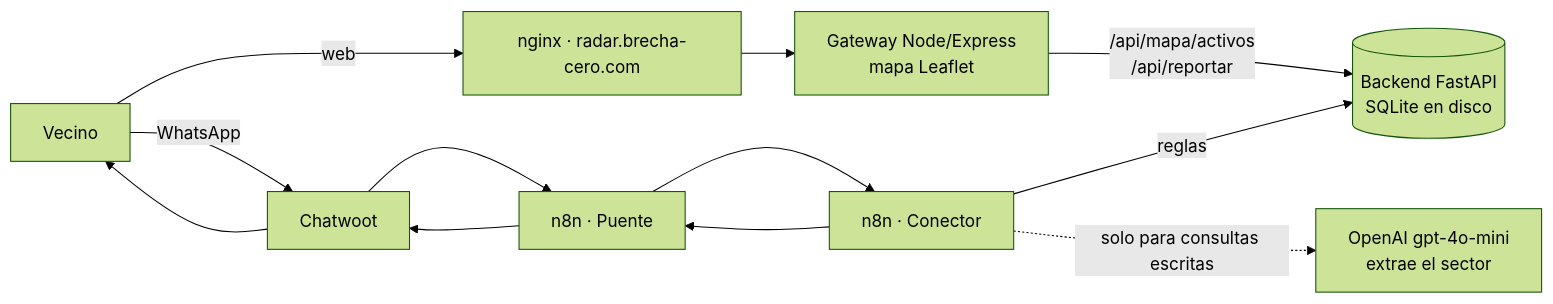
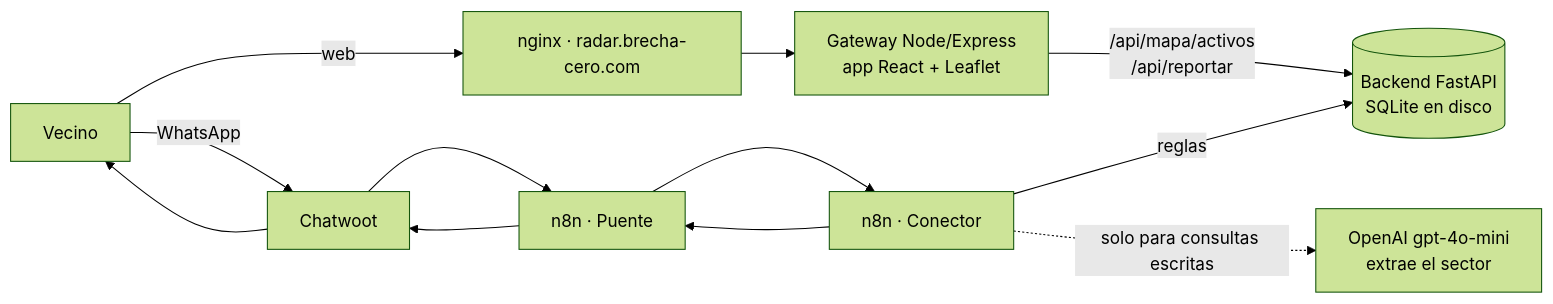
The diagram in README.md (DanMen-Dev/valencia-luz-core), drawn with Mermaid (forest theme) before and after one commit. The commit also changed other lines of this file and 22 other files, not shown here.

First line of the commit message:
Frontend en React + TypeScript: el mapa pasa a ser una app de Vite servida por el gateway

````diff
--- a/README.md
+++ b/README.md
@@ -24,11 +24,11 @@
 ```mermaid
 flowchart LR
     V[Vecino] -->|web| N[nginx · radar.brecha-cero.com]
     V -->|WhatsApp| C[Chatwoot]
-    N --> G[Gateway Node/Express<br/>mapa Leaflet]
+    N --> G[Gateway Node/Express<br/>app React + Leaflet]
     G -->|/api/mapa/activos<br/>/api/reportar| B[(Backend FastAPI<br/>SQLite en disco)]
     C --> P[n8n · Puente] --> K[n8n · Conector]
     K -->|reglas| B
     K -.->|solo para consultas escritas| O[OpenAI gpt-4o-mini<br/>extrae el sector]
     K --> P --> C --> V
 ```
````
